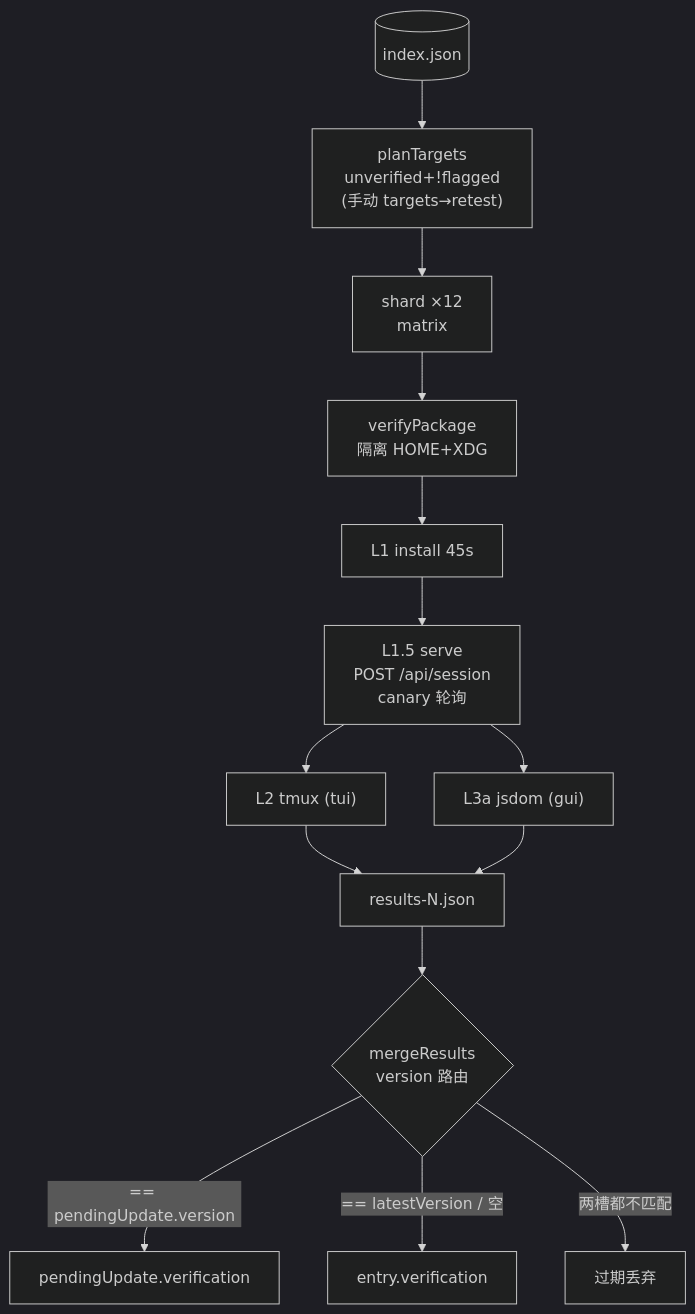
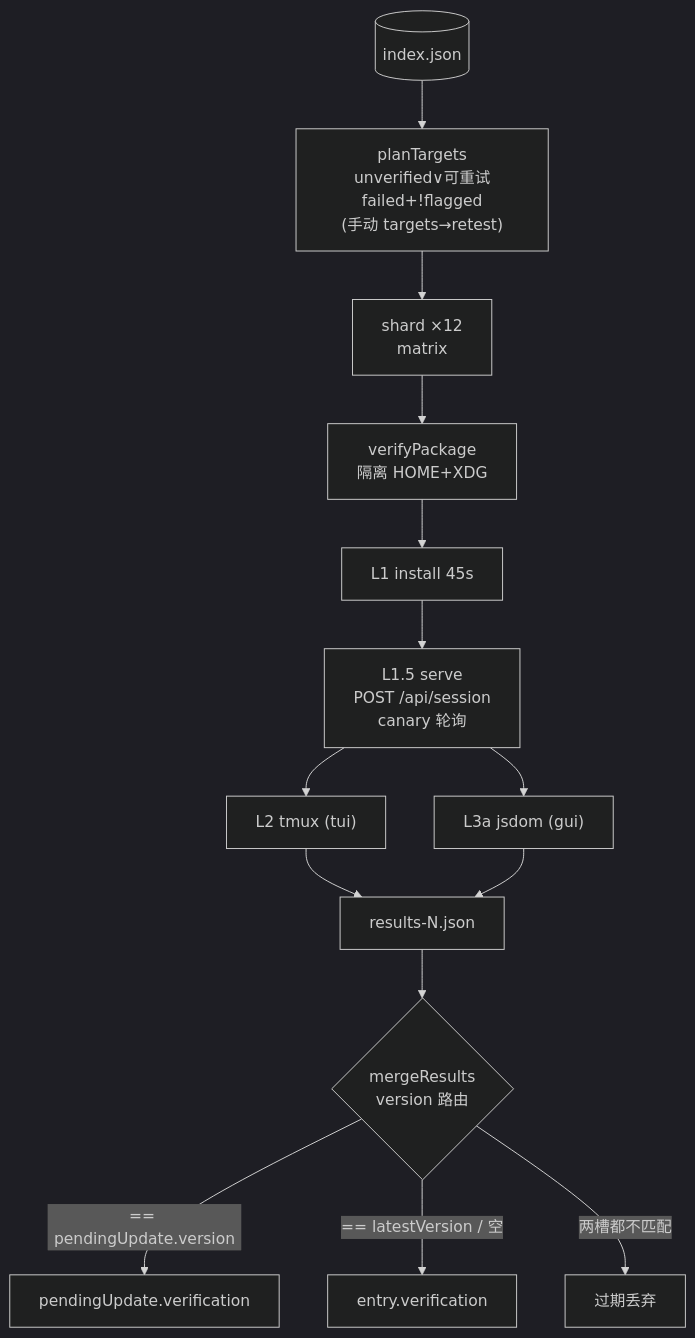
The fourth of 11 diagrams in docs/DATA-FLOWS.md (awesome-market/awesome-opencode-market), drawn with Mermaid (dark theme) before and after one commit. The commit also changed other lines of this file and 8 other files, not shown here.

````diff
--- a/docs/DATA-FLOWS.md
+++ b/docs/DATA-FLOWS.md
@@ -272,16 +287,16 @@
 ```mermaid
 flowchart TB
-  IDX[("index.json")] --> P["planTargets<br/>unverified+!flagged<br/>(手动 targets→retest)"]
+  IDX[("index.json")] --> P["planTargets<br/>unverified∨可重试failed+!flagged<br/>(手动 targets→retest)"]
   P --> SH["shard ×12<br/>matrix"]
   SH --> VP["verifyPackage<br/>隔离 HOME+XDG"]
   VP --> L1["L1 install 45s"]
   L1 --> L15["L1.5 serve<br/>POST /api/session<br/>canary 轮询"]
   L15 --> L2["L2 tmux (tui)"]
   L15 --> L3["L3a jsdom (gui)"]
   L2 --> RS["results-N.json"]
   L3 --> RS
   RS --> M{"mergeResults<br/>version 路由"}
   M -->|"== pendingUpdate.version"| PUS["pendingUpdate.verification"]
   M -->|"== latestVersion / 空"| DVS["entry.verification"]
   M -->|"两槽都不匹配"| DR["过期丢弃"]
 ```
````
